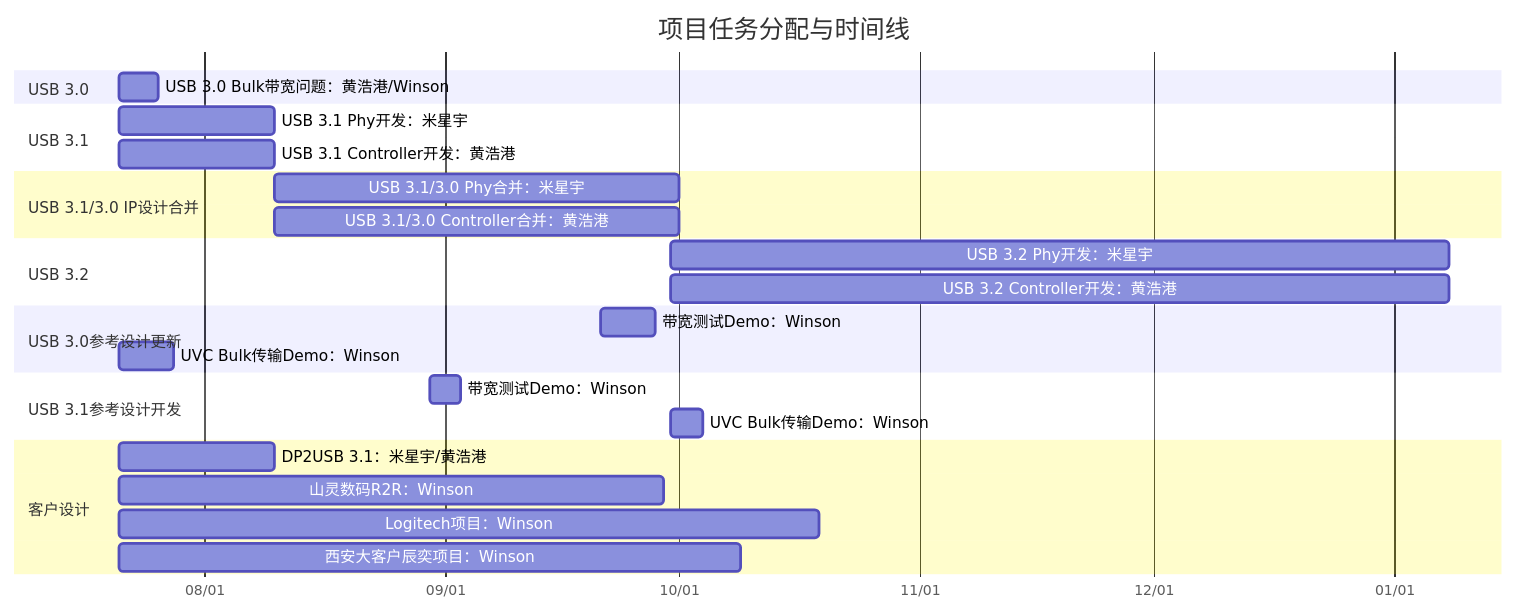
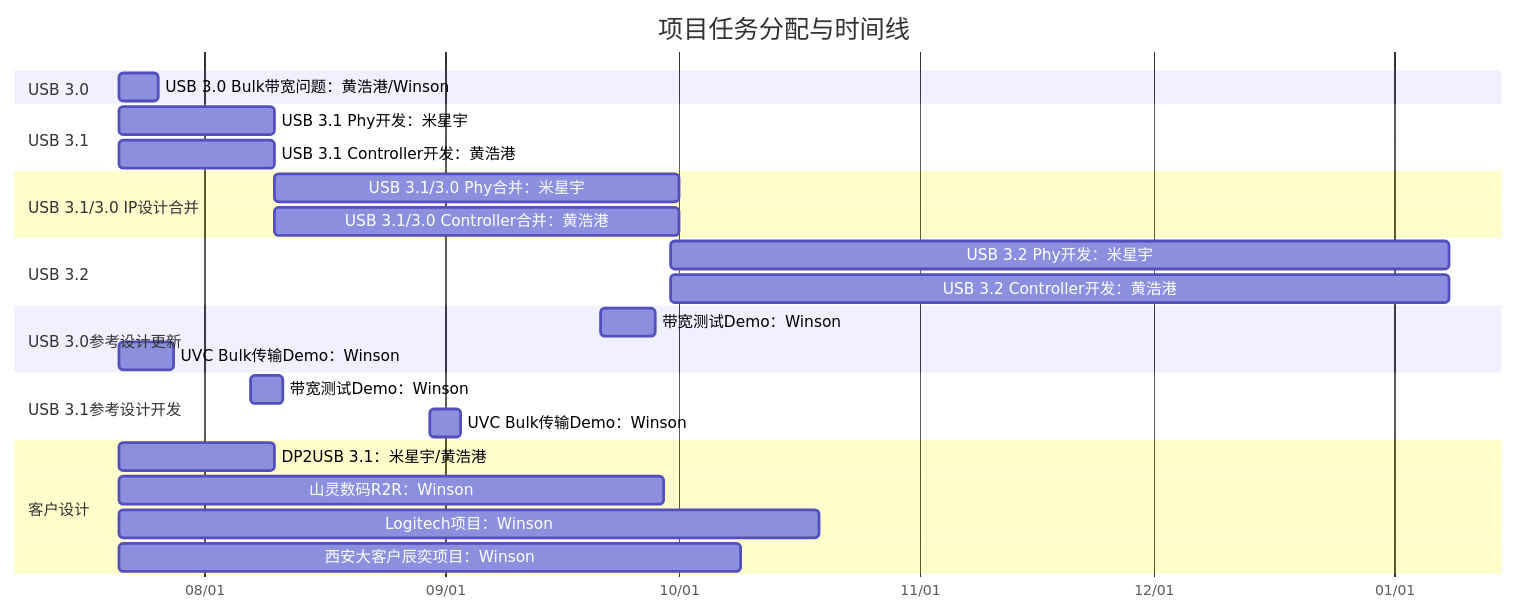
Before and after one commit to winsonbook/iodraw-files: the diagram in all/未命名.md, drawn with Mermaid.

Commit message:
2025-07-21 10:13:10 update

````diff
--- a/all/未命名.md
+++ b/all/未命名.md
@@ -1,35 +1,35 @@
 ```mermaid
 gantt
     title 项目任务分配与时间线
     dateFormat  YYYY-MM-DD
     axisFormat  %m/%d
 
     section USB 3.0
     USB 3.0 Bulk带宽问题：黄浩港/Winson   :    task1, 2025-07-21, 5d
 
     section USB 3.1
     USB 3.1 Phy开发：米星宇      :         task2, 2025-07-21, 20d
     USB 3.1 Controller开发：黄浩港      :  task3, 2025-07-21, 20d
 
     section USB 3.1/3.0 IP设计合并
     USB 3.1/3.0 Phy合并：米星宇       :    task4, 2025-08-10, 52d
     USB 3.1/3.0 Controller合并：黄浩港:    task5, 2025-08-10, 52d
 
     section USB 3.2
     USB 3.2 Phy开发：米星宇      :         task2, 2025-09-30, 100d
     USB 3.2 Controller开发：黄浩港      :  task3, 2025-09-30, 100d
 
     section USB 3.0参考设计更新
     带宽测试Demo：Winson       :         task6, 2025-09-21, 7d
     UVC Bulk传输Demo：Winson   :        task7, 2025-07-21, 7d
 
     section USB 3.1参考设计开发
-    带宽测试Demo：Winson       :         task8, 2025-08-30, 4d
-    UVC Bulk传输Demo：Winson   :         task9, 2025-09-30, 4d
+    带宽测试Demo：Winson       :         task8, 2025-08-07, 4d
+    UVC Bulk传输Demo：Winson   :         task9, 2025-08-30, 4d
 
     section 客户设计
     DP2USB 3.1：米星宇/黄浩港      :task10, 2025-07-21, 20d
     山灵数码R2R：Winson :             task11, 2025-07-21, 70d
     Logitech项目：Winson :            task12, 2025-07-21, 90d
     西安大客户辰奕项目：Winson :       task13, 2025-07-21, 80d
 ```
````
